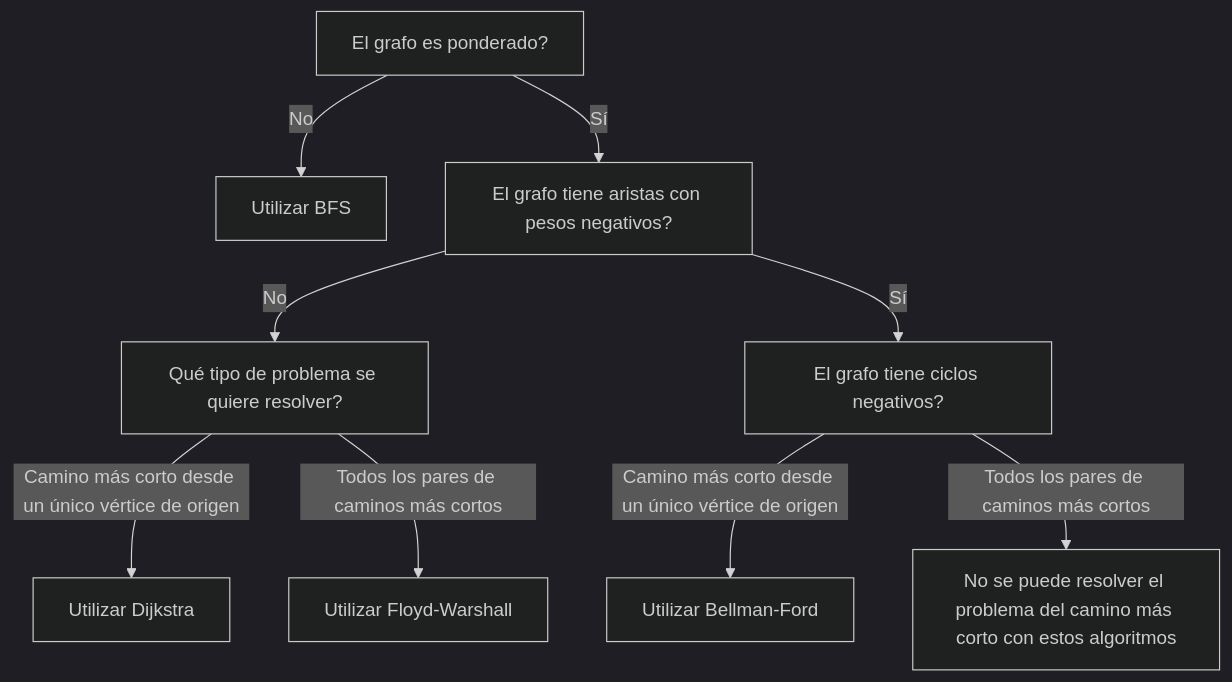
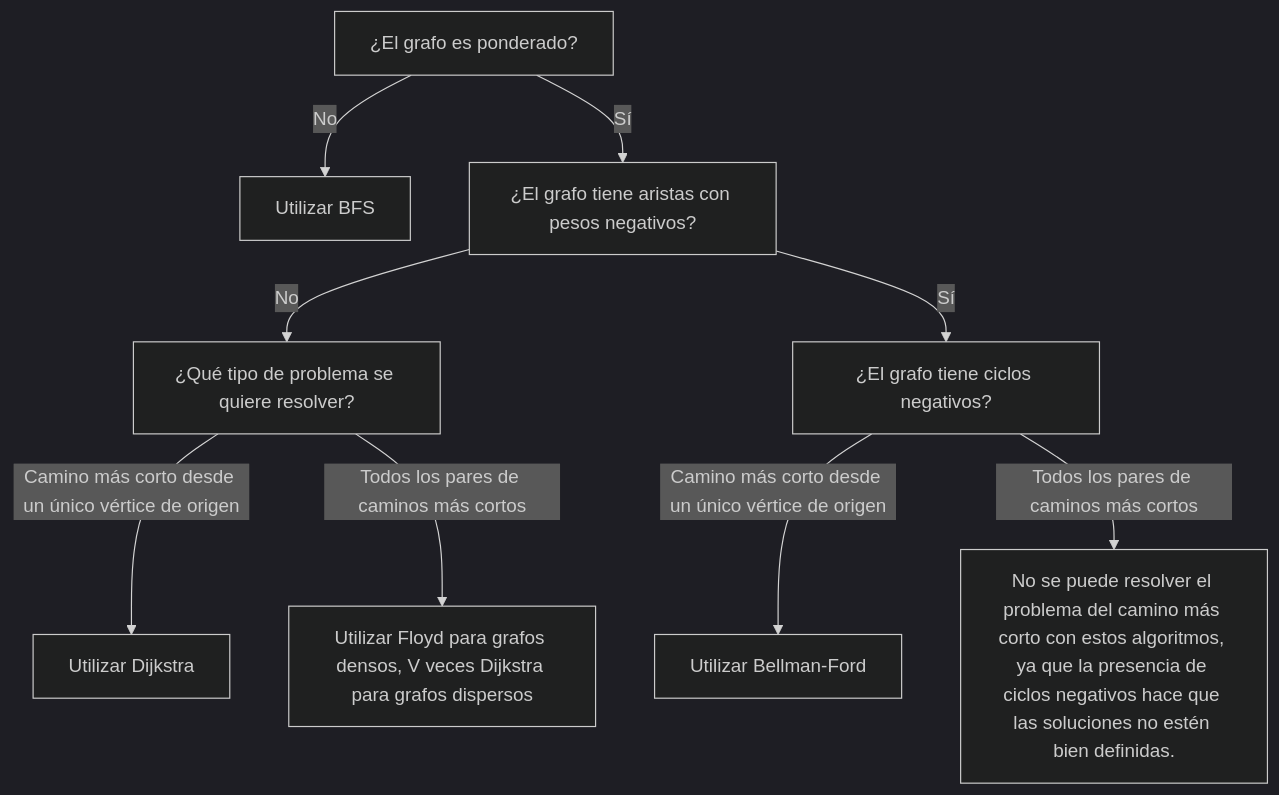
The diagram in TADs/Grafo.md (BRJoaquin/algoritmos2-obsidian), drawn with Mermaid (dark theme) before and after one commit. The commit also changed other lines of this file, not shown here.

Commit message:
vault backup: 2023-04-29 12:12:28

````diff
--- a/TADs/Grafo.md
+++ b/TADs/Grafo.md
@@ -170,12 +184,13 @@
 ```mermaid
+
 graph TD;
-A[El grafo es ponderado?] --> |No| B[Utilizar BFS]
-A --> |Sí| C[El grafo tiene aristas con pesos negativos?]
-C --> |No| D[Qué tipo de problema se quiere resolver?]
-C --> |Sí| E[El grafo tiene ciclos negativos?]
-D --> |Camino más corto desde un único vértice de origen| F[Utilizar Dijkstra]
-D --> |Todos los pares de caminos más cortos| G[Utilizar Floyd-Warshall]
-E --> |Camino más corto desde un único vértice de origen| H[Utilizar Bellman-Ford]
-E --> |Todos los pares de caminos más cortos| I[No se puede resolver el problema del camino más corto con estos algoritmos]
+  A["¿El grafo es ponderado?"] --> |No| B["Utilizar BFS"];
+  A --> |Sí| C["¿El grafo tiene aristas con pesos negativos?"];
+  C --> |No| D["¿Qué tipo de problema se quiere resolver?"];
+  C --> |Sí| E["¿El grafo tiene ciclos negativos?"];
+  D --> |Camino más corto desde un único vértice de origen| F["Utilizar Dijkstra"];
+  D --> |Todos los pares de caminos más cortos| G["Utilizar Floyd para grafos densos, V veces Dijkstra para grafos dispersos"];
+  E --> |Camino más corto desde un único vértice de origen| H["Utilizar Bellman-Ford"];
+  E --> |Todos los pares de caminos más cortos| I["No se puede resolver el problema del camino más corto con estos algoritmos, ya que la presencia de ciclos negativos hace que las soluciones no estén bien definidas."];
 
 ```
````
